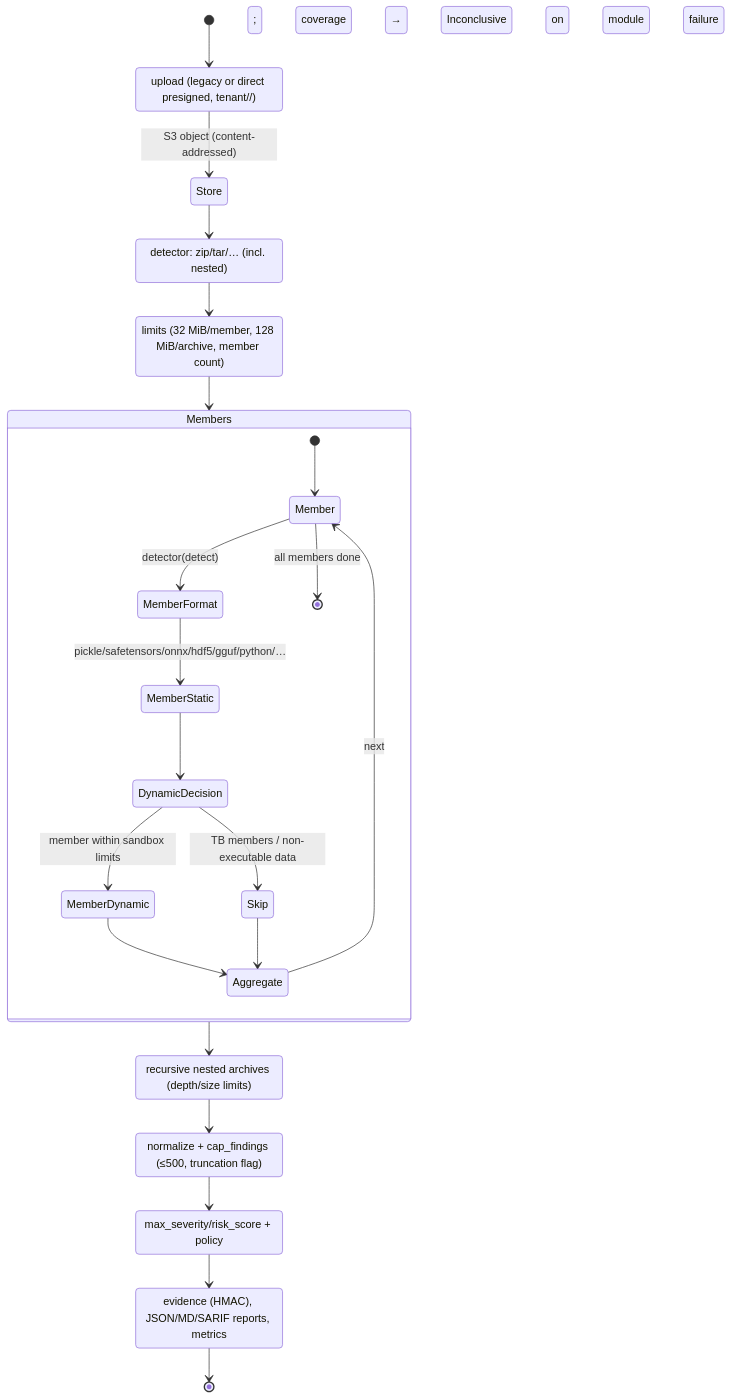
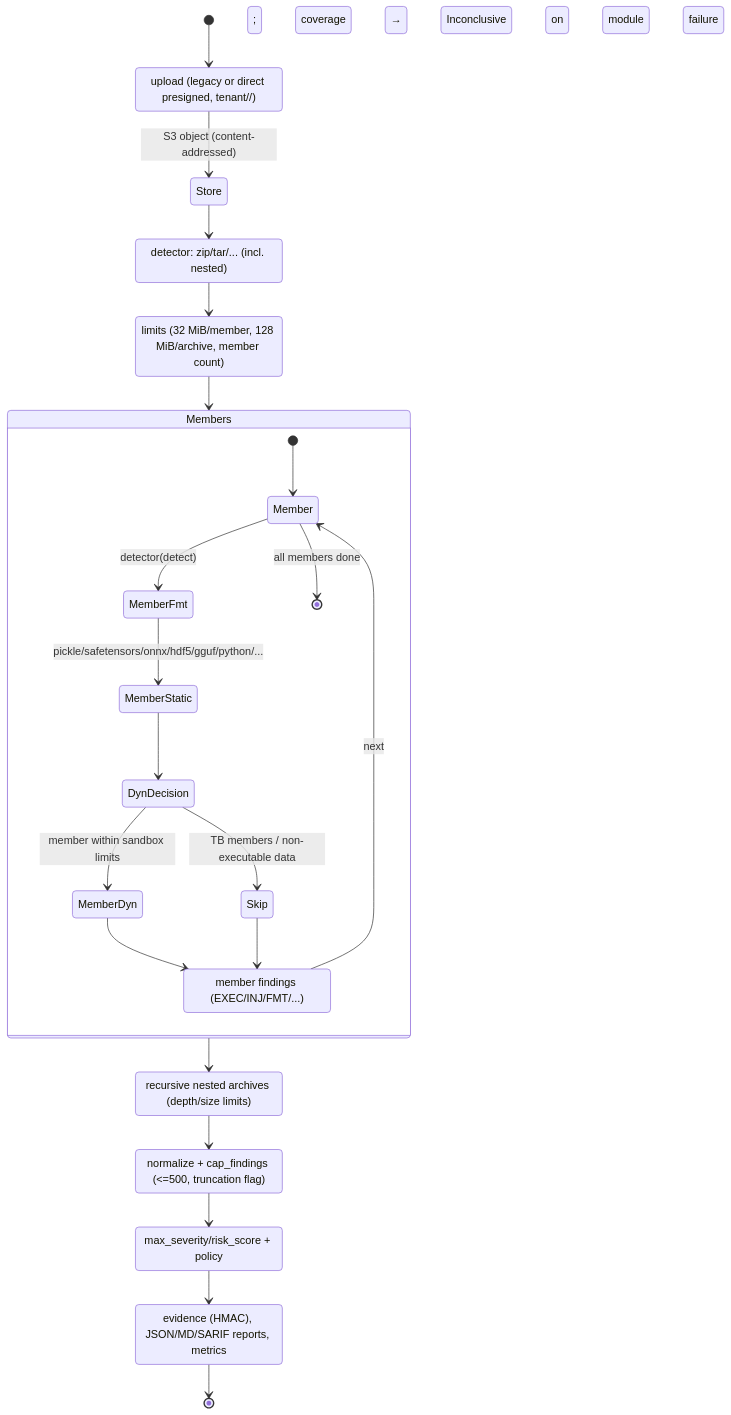
One commit to pol4/MLScan changed the third of 3 diagrams in docs/en/15-large-model-analysis.md. Above: the diagram before and after it, drawn with Mermaid. The commit also changed other lines of this file and 1 other file, not shown here.

Commit message:
docs/15: fix state diagrams (ASCII ids, no ASCII arrows in labels that broke mermaid -> detached blocks)

````diff
--- a/docs/en/15-large-model-analysis.md
+++ b/docs/en/15-large-model-analysis.md
@@ -589,32 +593,35 @@
 ```mermaid
 stateDiagram-v2
   [*] --> Receive
   Receive : upload (legacy or direct presigned, tenant/<subject>/)
   Receive --> Store : S3 object (content-addressed)
-  Store --> DetectFormat
-  DetectFormat : detector: zip/tar/… (incl. nested)
-  DetectFormat --> Enumerate
+  Store --> DetectFmt
+  DetectFmt : detector: zip/tar/... (incl. nested)
+  DetectFmt --> Enumerate
   Enumerate : limits (32 MiB/member, 128 MiB/archive, member count)
   Enumerate --> Members
+
   state Members {
     [*] --> Member
-    Member --> MemberFormat : detector(detect)
-    MemberFormat --> MemberStatic : pickle/safetensors/onnx/hdf5/gguf/python/…
-    MemberStatic --> DynamicDecision
-    DynamicDecision --> MemberDynamic : member within sandbox limits
-    DynamicDecision --> Skip : TB members / non-executable data
-    MemberDynamic --> Aggregate
-    Skip --> Aggregate
-    Aggregate --> Member : next
+    Member --> MemberFmt : detector(detect)
+    MemberFmt --> MemberStatic : pickle/safetensors/onnx/hdf5/gguf/python/...
+    MemberStatic --> DynDecision
+    DynDecision --> MemberDyn : member within sandbox limits
+    DynDecision --> Skip : TB members / non-executable data
+    MemberDyn --> MemberAgg
+    Skip --> MemberAgg
+    MemberAgg : member findings (EXEC/INJ/FMT/...)
+    MemberAgg --> Member : next
     Member --> [*] : all members done
   }
+
   Members --> Nested
   Nested : recursive nested archives (depth/size limits)
-  Nested --> AggregateArchive
-  AggregateArchive : normalize + cap_findings (≤500, truncation flag)
-  AggregateArchive --> ArchiveVerdict
+  Nested --> AggArchive
+  AggArchive : normalize + cap_findings (<=500, truncation flag)
+  AggArchive --> ArchiveVerdict
   ArchiveVerdict : max_severity/risk_score + policy; coverage → Inconclusive on module failure
   ArchiveVerdict --> Journal
   Journal : evidence (HMAC), JSON/MD/SARIF reports, metrics
   Journal --> [*]
 ```
````
